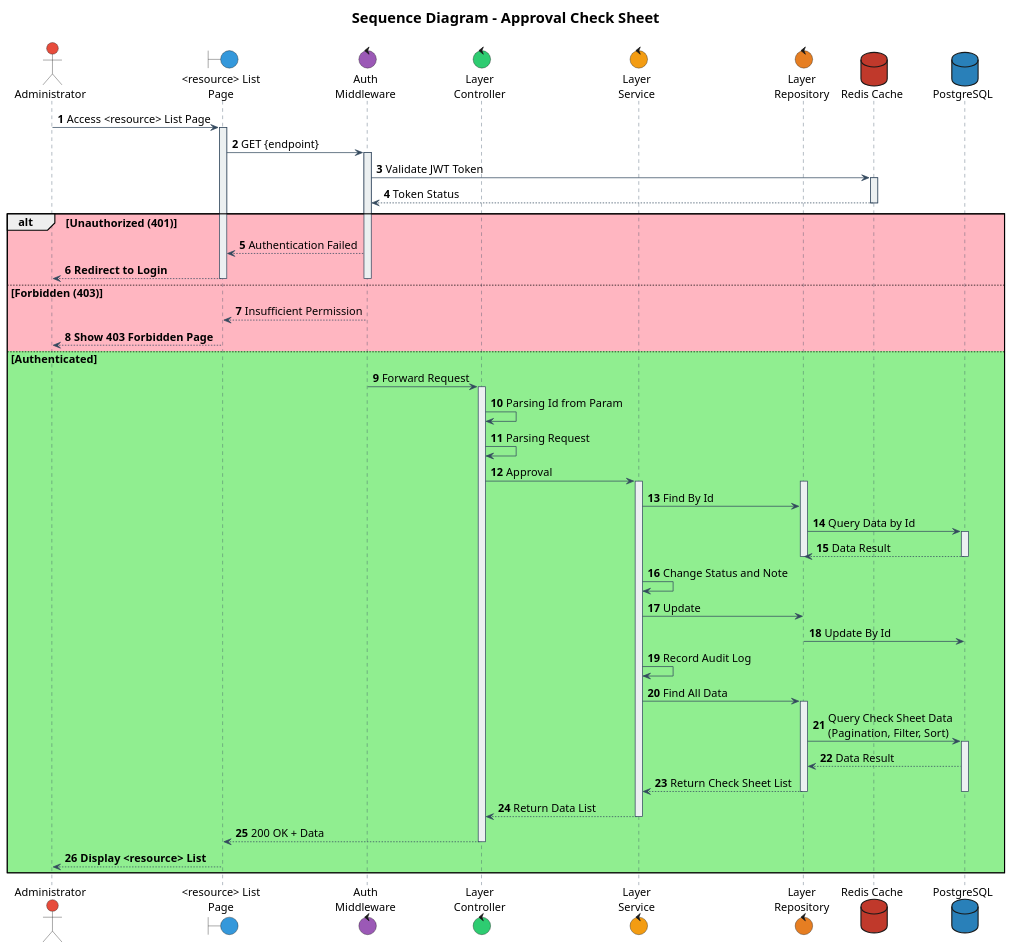
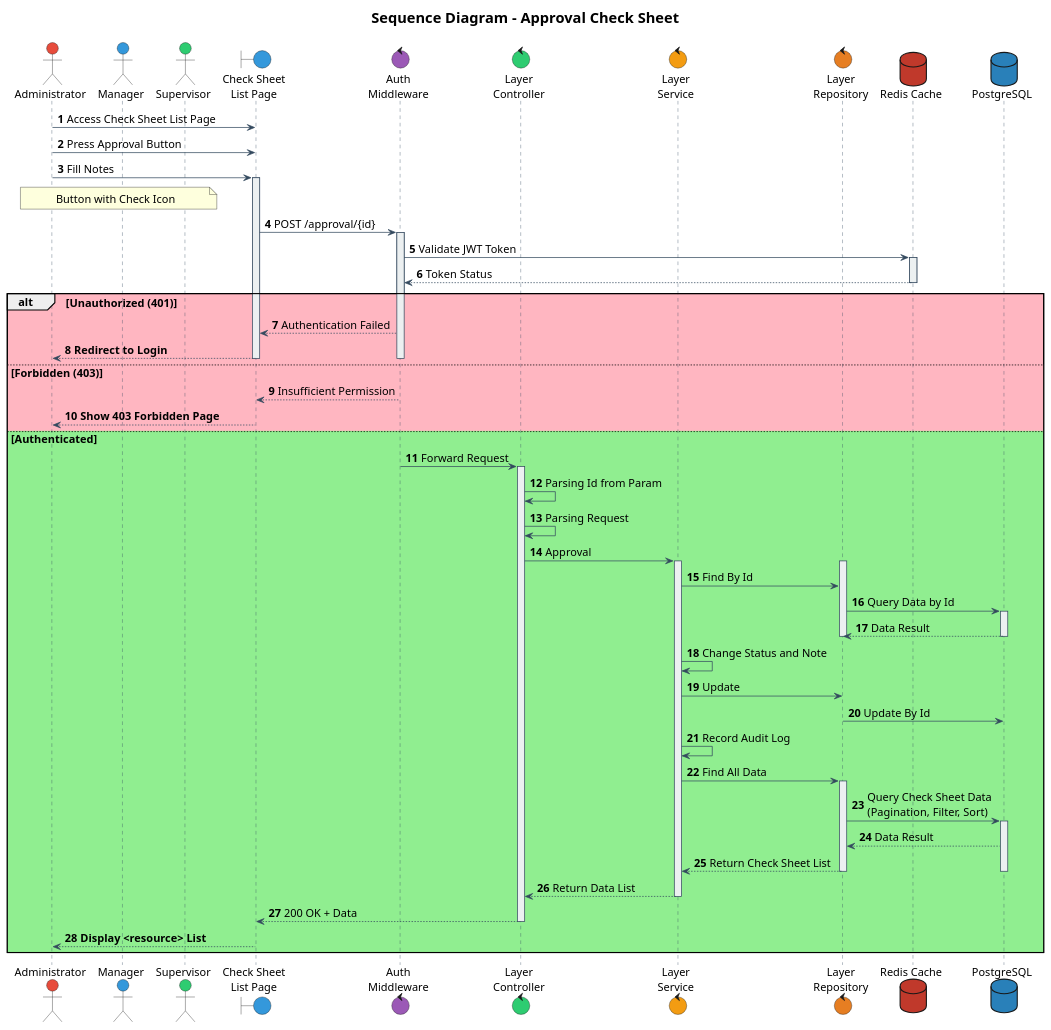
One commit to IntConnect/go-intconnect-api changed the diagram in documentation/sequence/document/check-sheet/approval.puml. Above: the diagram before and after it, drawn with PlantUML. The commit also changed 22 other files, not shown here.

Commit message:
feat(activity, sequence): Add some activity and sequence diagram

```diff
--- a/documentation/sequence/document/check-sheet/approval.puml
+++ b/documentation/sequence/document/check-sheet/approval.puml
@@ -1,116 +1,123 @@
 @startuml
 
 ' Font configuration
 skinparam defaultFontName Times New Roman
 skinparam defaultFontSize 15
 
 ' Participant styling
 skinparam participant {
     BackgroundColor #ECF0F1
     BorderColor #34495E
     FontColor Black
     FontName Times New Roman
     FontSize 15
 }
 
 skinparam sequence {
     ArrowColor #34495E
     LifeLineBorderColor #34495E
     LifeLineBackgroundColor #ECF0F1
     ArrowFontName Times New Roman
     ArrowFontSize 15
 }
 
 skinparam actorFontSize 15
 skinparam noteFontSize 15
 skinparam noteFontName "Times New Roman"
 
 ' Actors and components
 actor "Administrator" as admin #E74C3C
-boundary "<resource> List\nPage" as boundList #3498DB
+actor "Manager" as mgr #3498DB
+actor "Supervisor" as spv #2ECC71
+boundary "Check Sheet\nList Page" as boundList #3498DB
 control "Auth\nMiddleware" as authMiddleware #9B59B6
 control "Layer\nController" as controller #2ECC71
 control "Layer\nService" as service #F39C12
 control "Layer\nRepository" as repository #E67E22
 database "Redis Cache" as dbRedis #C0392B
 database "PostgreSQL" as dbPsql #2980B9
 
 title
 <size:20><b>Sequence Diagram - Approval Check Sheet</b></size>
 ----
 end title
 
 autonumber
 
 ' === MAIN FLOW ===
-admin -> boundList: Access <resource> List Page
+admin -> boundList: Access Check Sheet List Page
+admin -> boundList: Press Approval Button
+admin -> boundList: Fill Notes
+note over admin, spv
+Button with Check Icon
+end note
 activate boundList
 
-boundList -> authMiddleware: GET {endpoint}
+boundList -> authMiddleware: POST /approval/{id}
 activate authMiddleware
 
 ' === AUTHENTICATION ===
 authMiddleware -> dbRedis: Validate JWT Token
 activate dbRedis
 dbRedis --> authMiddleware: Token Status
 deactivate dbRedis
 
 alt #LightPink Unauthorized (401)
     authMiddleware --> boundList: Authentication Failed
     boundList --> admin: **Redirect to Login**
     deactivate authMiddleware
     deactivate boundList
     
 else #LightPink Forbidden (403)
     authMiddleware --> boundList: Insufficient Permission
     boundList --> admin: **Show 403 Forbidden Page**
     deactivate authMiddleware
     deactivate boundList
     
 else #LightGreen Authenticated
 
     authMiddleware -> controller: Forward Request
     deactivate authMiddleware
     activate controller
 
     controller -> controller: Parsing Id from Param
     controller -> controller: Parsing Request
     controller -> service: Approval
     activate service
 
     ' === FETCH DATA FROM DATABASE ===
     activate repository
     service -> repository: Find By Id
     repository -> dbPsql: Query Data by Id
     activate dbPsql
     dbPsql --> repository: Data Result
     deactivate dbPsql
     deactivate repository
 
     service -> service: Change Status and Note
     service -> repository: Update
     repository -> dbPsql: Update By Id
     service -> service: Record Audit Log
     service -> repository: Find All Data
     activate repository
 
     repository -> dbPsql: Query Check Sheet Data\n(Pagination, Filter, Sort)
     activate dbPsql
     dbPsql --> repository: Data Result
 
 
   repository --> service: Return Check Sheet List
     deactivate repository
 
     deactivate dbPsql
     service --> controller: Return Data List
 
     deactivate service
         controller --> boundList: 200 OK + Data
     deactivate controller
     boundList --> admin: **Display <resource> List**
     deactivate boundList
 
 end
 
 @enduml
```
